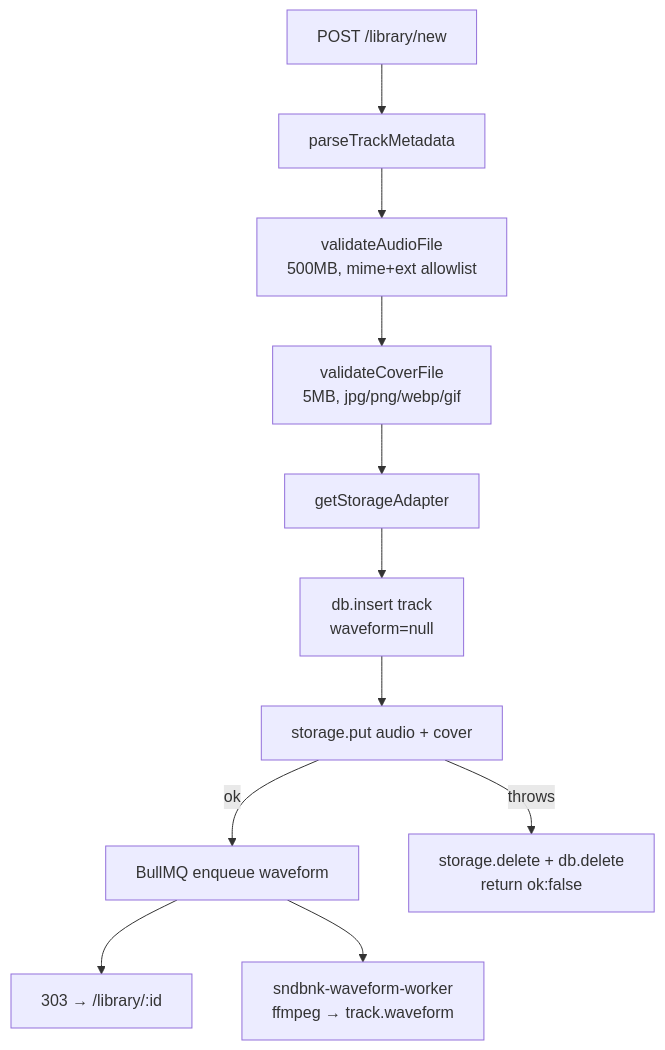
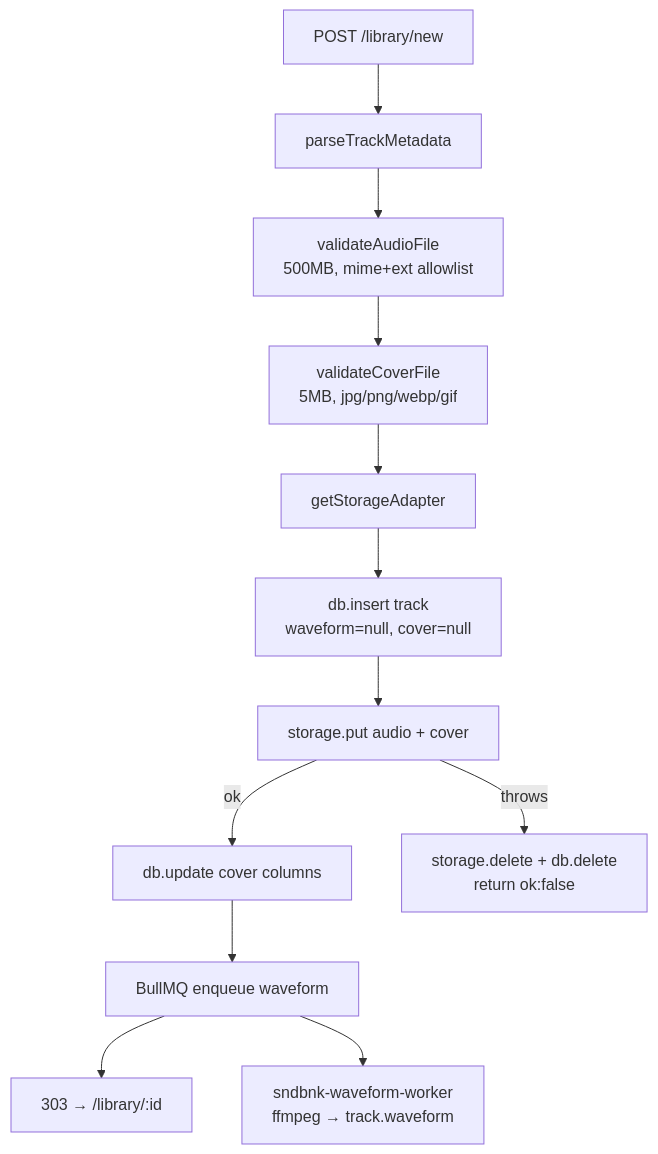
The diagram in docs/media-and-storage.md (spreadsheetsusa/sndbnk), drawn with Mermaid before and after one commit. The commit also changed other lines of this file and 13 other files, not shown here.

````diff
--- a/docs/media-and-storage.md
+++ b/docs/media-and-storage.md
@@ -83,13 +83,14 @@
 ```mermaid
 flowchart TD
   form["POST /library/new"] --> meta["parseTrackMetadata"]
   meta --> audio["validateAudioFile<br/>500MB, mime+ext allowlist"]
   audio --> cover["validateCoverFile<br/>5MB, jpg/png/webp/gif"]
   cover --> resolve["getStorageAdapter"]
-  resolve --> insert["db.insert track<br/>waveform=null"]
+  resolve --> insert["db.insert track<br/>waveform=null, cover=null"]
   insert --> put["storage.put audio + cover"]
-  put -->|ok| enqueue["BullMQ enqueue waveform"]
+  put -->|ok| coverCols["db.update cover columns"]
+  coverCols --> enqueue["BullMQ enqueue waveform"]
   enqueue --> done["303 → /library/:id"]
   put -->|throws| rollback["storage.delete + db.delete<br/>return ok:false"]
   enqueue --> worker["sndbnk-waveform-worker<br/>ffmpeg → track.waveform"]
 ```
````
